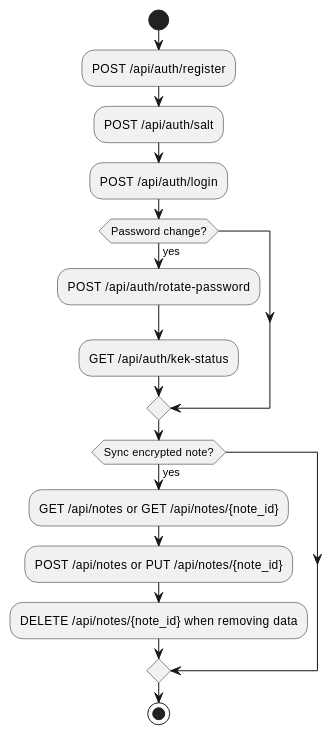
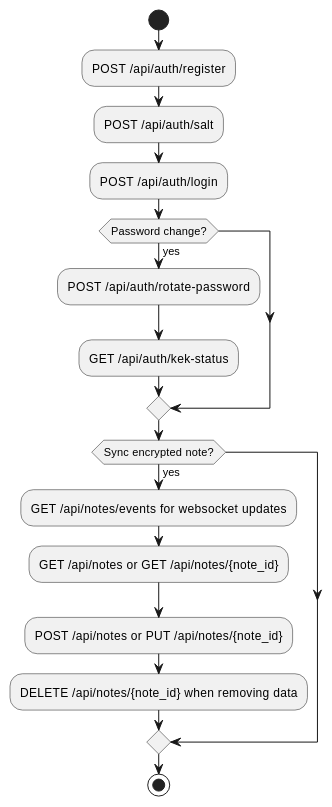
One commit to benedikt-weyer/preset-reactnative-expo-frontend-rust-backend-e2ee-github changed the second of 2 diagrams in apps/docs/docs/auth-storage-routes.md. Above: the diagram before and after it, drawn with PlantUML. The commit also changed other lines of this file and 19 other files, not shown here.

````diff
--- a/apps/docs/docs/auth-storage-routes.md
+++ b/apps/docs/docs/auth-storage-routes.md
@@ -159,20 +160,21 @@
 ```plantuml format="svg_inline" alt="Route coverage by lifecycle step" title="Route coverage by lifecycle step"
 @startuml
 start
 :POST /api/auth/register;
 :POST /api/auth/salt;
 :POST /api/auth/login;
 
 if (Password change?) then (yes)
   :POST /api/auth/rotate-password;
   :GET /api/auth/kek-status;
 endif
 
 if (Sync encrypted note?) then (yes)
+  :GET /api/notes/events for websocket updates;
   :GET /api/notes or GET /api/notes/{note_id};
   :POST /api/notes or PUT /api/notes/{note_id};
   :DELETE /api/notes/{note_id} when removing data;
 endif
 stop
 @enduml
 ```
````
